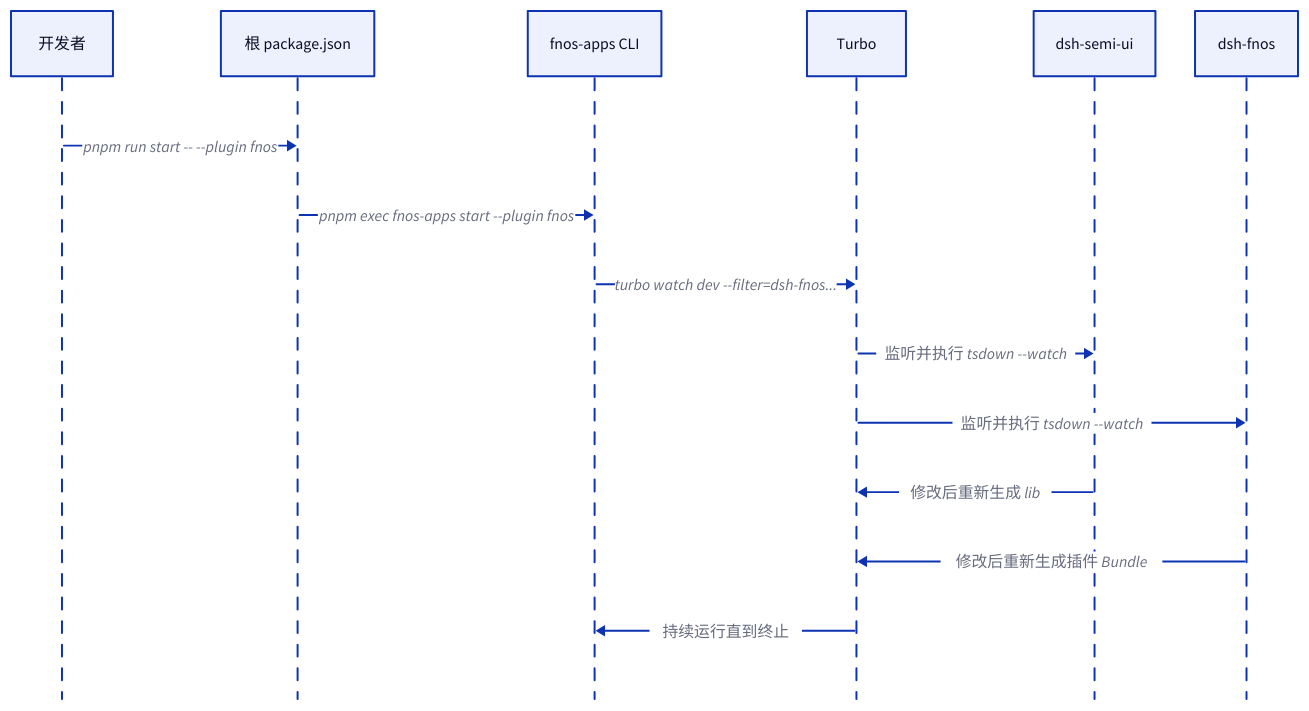
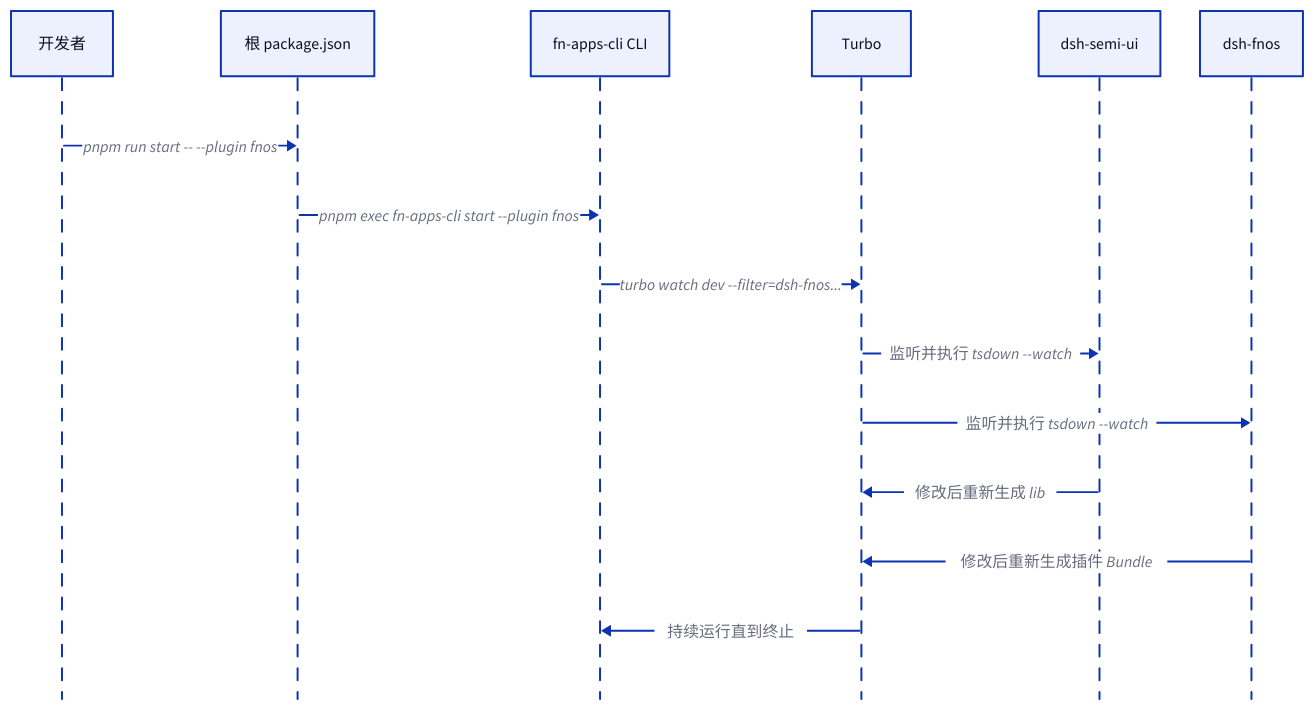
Before and after one commit to tnnevol/fn-os-apps: diagram 13 of 13 in docs/development/package-tasks-and-turbo.md, drawn with D2. The commit also changed other lines of this file and 32 other files, not shown here.

````diff
--- a/docs/development/package-tasks-and-turbo.md
+++ b/docs/development/package-tasks-and-turbo.md
@@ -110,18 +467,18 @@
 ```d2
 developer: 开发者
 root: 根 package.json
-cli: fnos-apps CLI
+cli: fn-apps-cli CLI
 turbo: Turbo
 semi: dsh-semi-ui
 plugin: dsh-fnos
 
 shape: sequence_diagram
 developer -> root: pnpm run start -- --plugin fnos
-root -> cli: pnpm exec fnos-apps start --plugin fnos
+root -> cli: pnpm exec fn-apps-cli start --plugin fnos
 cli -> turbo: turbo watch dev --filter=dsh-fnos...
 turbo -> semi: 监听并执行 tsdown --watch
 turbo -> plugin: 监听并执行 tsdown --watch
 semi -> turbo: 修改后重新生成 lib
 plugin -> turbo: 修改后重新生成插件 Bundle
 turbo -> cli: 持续运行直到终止
 ```
````
